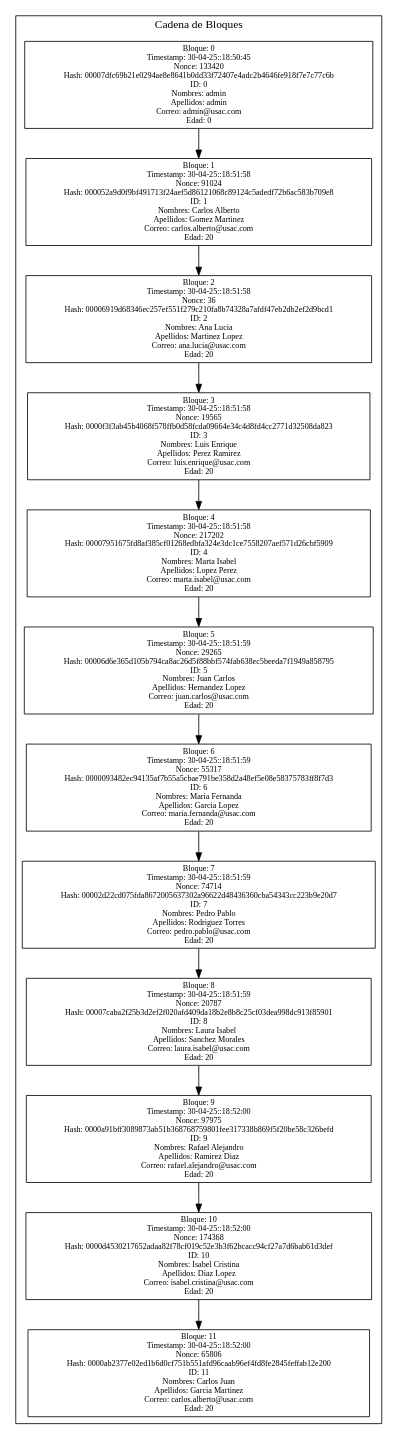
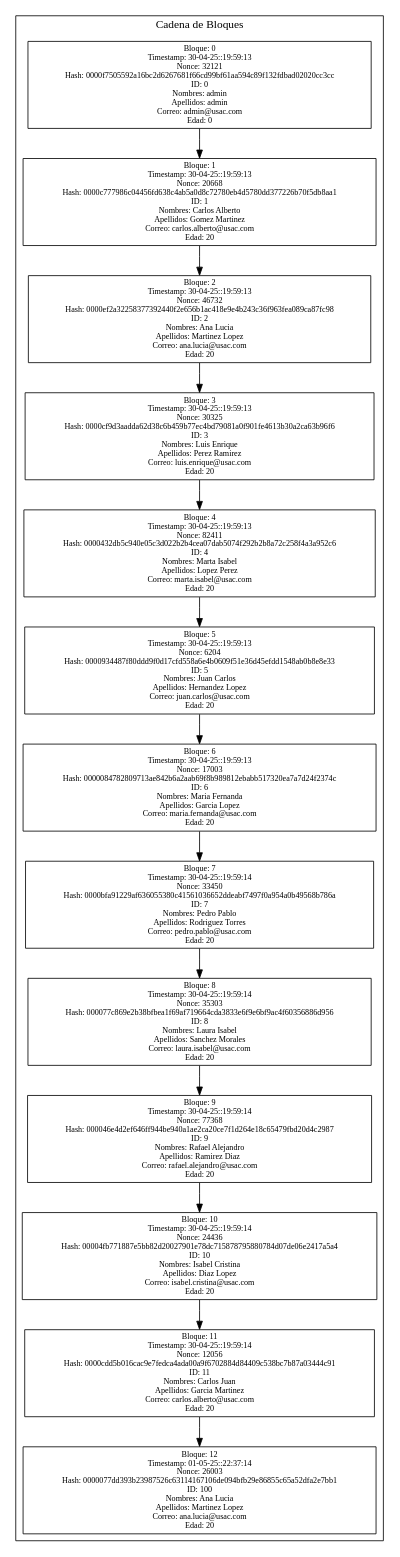
The diagram in Fase3/reportedot/Blockchain.dot (CarlosdelCidUSAC/EDD-1S2025_202300625), drawn with Graphviz before and after one commit. The commit also changed 33 other files, not shown here.

```diff
--- a/Fase3/reportedot/Blockchain.dot
+++ b/Fase3/reportedot/Blockchain.dot
@@ -1,30 +1,32 @@
 digraph G {
 node [shape=record, fontsize=10];
   graph [rankdir=TB];
   subgraph cluster_0 {
     label="Cadena de Bloques";
-0 [label="Bloque: 0\nTimestamp: 30-04-25::18:50:45\nNonce: 133420\nHash: 00007dfc69b21e0294ae8e8641b0dd33f72407e4adc2b4646fe918f7e7c77c6b\nID: 0\nNombres: admin\nApellidos: admin\nCorreo: admin@usac.com\nEdad: 0"];
-1 [label="Bloque: 1\nTimestamp: 30-04-25::18:51:58\nNonce: 91024\nHash: 000052a9d0f9bf491713f24aef5d86121068c89124c5adedf72b6ac583b709e8\nID: 1\nNombres: Carlos Alberto\nApellidos: Gomez Martinez\nCorreo: carlos.alberto@usac.com\nEdad: 20"];
+0 [label="Bloque: 0\nTimestamp: 30-04-25::19:59:13\nNonce: 32121\nHash: 0000f7505592a16bc2d6267681f66cd99bf61aa594c89f132fdbad02020cc3cc\nID: 0\nNombres: admin\nApellidos: admin\nCorreo: admin@usac.com\nEdad: 0"];
+1 [label="Bloque: 1\nTimestamp: 30-04-25::19:59:13\nNonce: 20668\nHash: 0000c777986c04456fd638c4ab5a0d8c72780eb4d5780dd377226b70f5db8aa1\nID: 1\nNombres: Carlos Alberto\nApellidos: Gomez Martinez\nCorreo: carlos.alberto@usac.com\nEdad: 20"];
 0 -> 1;
-2 [label="Bloque: 2\nTimestamp: 30-04-25::18:51:58\nNonce: 36\nHash: 00006919d68346ec257ef551f279c210fa8b74328a7afdf47eb2db2ef2d9bcd1\nID: 2\nNombres: Ana Lucia\nApellidos: Martinez Lopez\nCorreo: ana.lucia@usac.com\nEdad: 20"];
+2 [label="Bloque: 2\nTimestamp: 30-04-25::19:59:13\nNonce: 46732\nHash: 0000ef2a32258377392440f2e656b1ac418e9e4b243c36f963fea089ca87fc98\nID: 2\nNombres: Ana Lucia\nApellidos: Martinez Lopez\nCorreo: ana.lucia@usac.com\nEdad: 20"];
 1 -> 2;
-3 [label="Bloque: 3\nTimestamp: 30-04-25::18:51:58\nNonce: 19565\nHash: 0000f3f3ab45b4068f578ffb0d58fcda09664e34c4d8fd4cc2771d32508da823\nID: 3\nNombres: Luis Enrique\nApellidos: Perez Ramirez\nCorreo: luis.enrique@usac.com\nEdad: 20"];
+3 [label="Bloque: 3\nTimestamp: 30-04-25::19:59:13\nNonce: 30325\nHash: 0000cf9d3aadda62d38c6b459b77ec4bd79081a0f901fe4613b30a2ca63b96f6\nID: 3\nNombres: Luis Enrique\nApellidos: Perez Ramirez\nCorreo: luis.enrique@usac.com\nEdad: 20"];
 2 -> 3;
-4 [label="Bloque: 4\nTimestamp: 30-04-25::18:51:58\nNonce: 217202\nHash: 00007951675fd8af385cf01268edbfa324e3dc1ce7558207aef571d26cbf5909\nID: 4\nNombres: Marta Isabel\nApellidos: Lopez Perez\nCorreo: marta.isabel@usac.com\nEdad: 20"];
+4 [label="Bloque: 4\nTimestamp: 30-04-25::19:59:13\nNonce: 82411\nHash: 0000432db5c940e05c3d022b2b4cea07dab5074f292b2b8a72c258f4a3a952c6\nID: 4\nNombres: Marta Isabel\nApellidos: Lopez Perez\nCorreo: marta.isabel@usac.com\nEdad: 20"];
 3 -> 4;
-5 [label="Bloque: 5\nTimestamp: 30-04-25::18:51:59\nNonce: 29265\nHash: 00006d6e365d105b794ca8ac26d5f88bbf574fab638ec5beeda7f1949a858795\nID: 5\nNombres: Juan Carlos\nApellidos: Hernandez Lopez\nCorreo: juan.carlos@usac.com\nEdad: 20"];
+5 [label="Bloque: 5\nTimestamp: 30-04-25::19:59:13\nNonce: 6204\nHash: 0000934487f80ddd9f0d17cfd558a6e4b0609f51e36d45efdd1548ab0b8e8e33\nID: 5\nNombres: Juan Carlos\nApellidos: Hernandez Lopez\nCorreo: juan.carlos@usac.com\nEdad: 20"];
 4 -> 5;
-6 [label="Bloque: 6\nTimestamp: 30-04-25::18:51:59\nNonce: 55317\nHash: 0000093482ec94135af7b55a5cbae791be358d2a48ef5e08e58375783ff8f7d3\nID: 6\nNombres: Maria Fernanda\nApellidos: Garcia Lopez\nCorreo: maria.fernanda@usac.com\nEdad: 20"];
+6 [label="Bloque: 6\nTimestamp: 30-04-25::19:59:13\nNonce: 17003\nHash: 0000084782809713ae842b6a2aab69f8b989812ebabb517320ea7a7d24f2374c\nID: 6\nNombres: Maria Fernanda\nApellidos: Garcia Lopez\nCorreo: maria.fernanda@usac.com\nEdad: 20"];
 5 -> 6;
-7 [label="Bloque: 7\nTimestamp: 30-04-25::18:51:59\nNonce: 74714\nHash: 00002d22cd075fda8672005637302a96622d48436360cba54343cc223b9e20d7\nID: 7\nNombres: Pedro Pablo\nApellidos: Rodriguez Torres\nCorreo: pedro.pablo@usac.com\nEdad: 20"];
+7 [label="Bloque: 7\nTimestamp: 30-04-25::19:59:14\nNonce: 33450\nHash: 0000bfa91229af636055380c41561036652ddeabf7497f0a954a0b49568b786a\nID: 7\nNombres: Pedro Pablo\nApellidos: Rodriguez Torres\nCorreo: pedro.pablo@usac.com\nEdad: 20"];
 6 -> 7;
-8 [label="Bloque: 8\nTimestamp: 30-04-25::18:51:59\nNonce: 20787\nHash: 00007caba2f25b3d2ef2f020afd409da18b2e8b8c25cf03dea998dc913f85901\nID: 8\nNombres: Laura Isabel\nApellidos: Sanchez Morales\nCorreo: laura.isabel@usac.com\nEdad: 20"];
+8 [label="Bloque: 8\nTimestamp: 30-04-25::19:59:14\nNonce: 35303\nHash: 000077c869e2b38bfbea1f69af719664cda3833e6f9e6bf9ac4f60356886d956\nID: 8\nNombres: Laura Isabel\nApellidos: Sanchez Morales\nCorreo: laura.isabel@usac.com\nEdad: 20"];
 7 -> 8;
-9 [label="Bloque: 9\nTimestamp: 30-04-25::18:52:00\nNonce: 97975\nHash: 0000a91bff3089873ab51b368768759801fee317338b869f5f20be58c326befd\nID: 9\nNombres: Rafael Alejandro\nApellidos: Ramirez Diaz\nCorreo: rafael.alejandro@usac.com\nEdad: 20"];
+9 [label="Bloque: 9\nTimestamp: 30-04-25::19:59:14\nNonce: 77368\nHash: 000046e4d2ef646ff944be940a1ae2ca20ce7f1d264e18c65479fbd20d4c2987\nID: 9\nNombres: Rafael Alejandro\nApellidos: Ramirez Diaz\nCorreo: rafael.alejandro@usac.com\nEdad: 20"];
 8 -> 9;
-10 [label="Bloque: 10\nTimestamp: 30-04-25::18:52:00\nNonce: 174368\nHash: 0000d4530217652adaa82f78cf019c52e3b3f62bcacc94cf27a7d6bab61d3def\nID: 10\nNombres: Isabel Cristina\nApellidos: Diaz Lopez\nCorreo: isabel.cristina@usac.com\nEdad: 20"];
+10 [label="Bloque: 10\nTimestamp: 30-04-25::19:59:14\nNonce: 24436\nHash: 00004fb771887e5bb82d20027901e78dc715878795880784d07de06e2417a5a4\nID: 10\nNombres: Isabel Cristina\nApellidos: Diaz Lopez\nCorreo: isabel.cristina@usac.com\nEdad: 20"];
 9 -> 10;
-11 [label="Bloque: 11\nTimestamp: 30-04-25::18:52:00\nNonce: 65806\nHash: 0000ab2377e02ed1b6d0cf751b551afd96caab96ef4fd8fe2845feffab12e200\nID: 11\nNombres: Carlos Juan\nApellidos: Garcia Martinez\nCorreo: carlos.alberto@usac.com\nEdad: 20"];
+11 [label="Bloque: 11\nTimestamp: 30-04-25::19:59:14\nNonce: 12056\nHash: 0000cdd5b016cac9e7fedca4ada00a9f6702884d84409c538bc7b87a03444c91\nID: 11\nNombres: Carlos Juan\nApellidos: Garcia Martinez\nCorreo: carlos.alberto@usac.com\nEdad: 20"];
 10 -> 11;
+12 [label="Bloque: 12\nTimestamp: 01-05-25::22:37:14\nNonce: 26003\nHash: 0000077dd393b23987526c63114167106de094bfb29e86855c65a52dfa2e7bb1\nID: 100\nNombres: Ana Lucia\nApellidos: Martinez Lopez\nCorreo: ana.lucia@usac.com\nEdad: 20"];
+11 -> 12;
 }
 }
```
